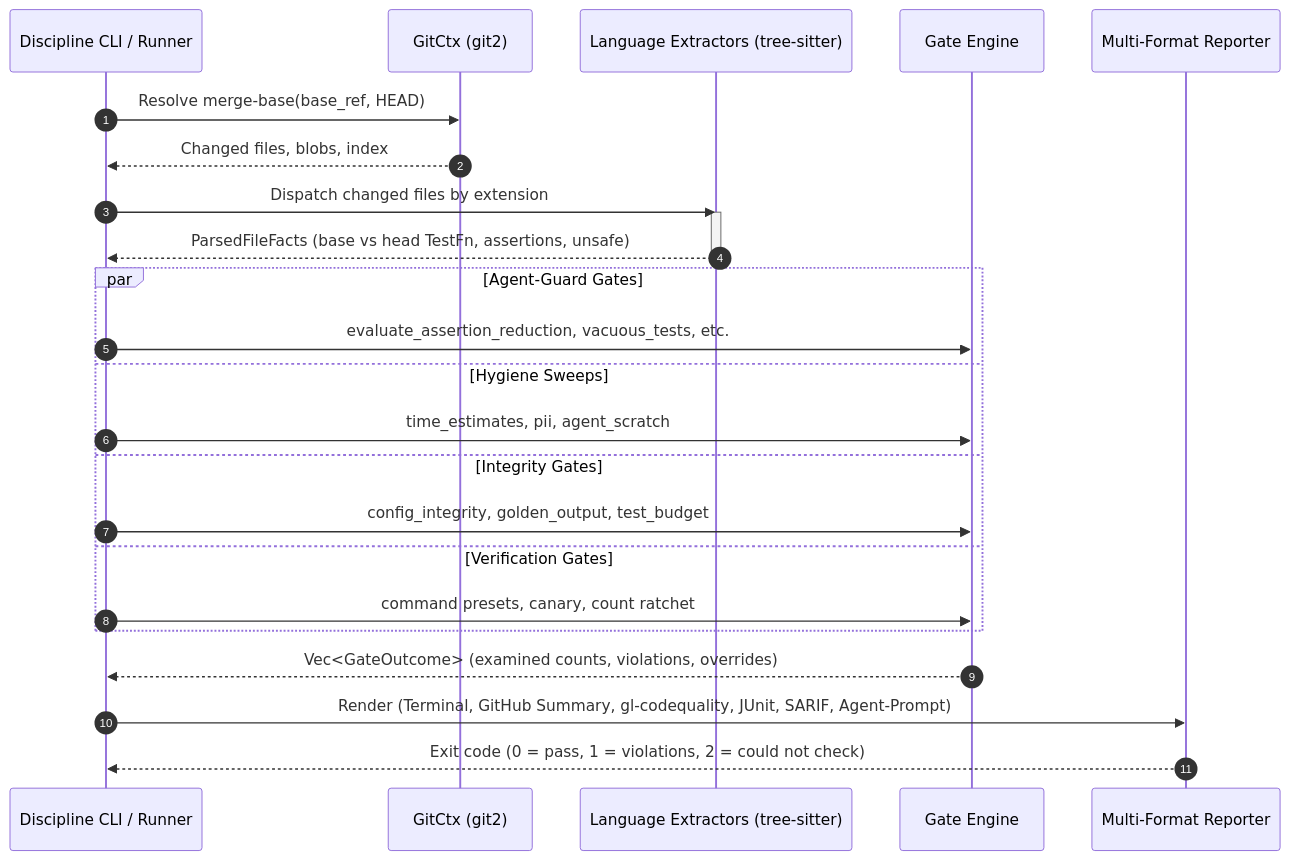
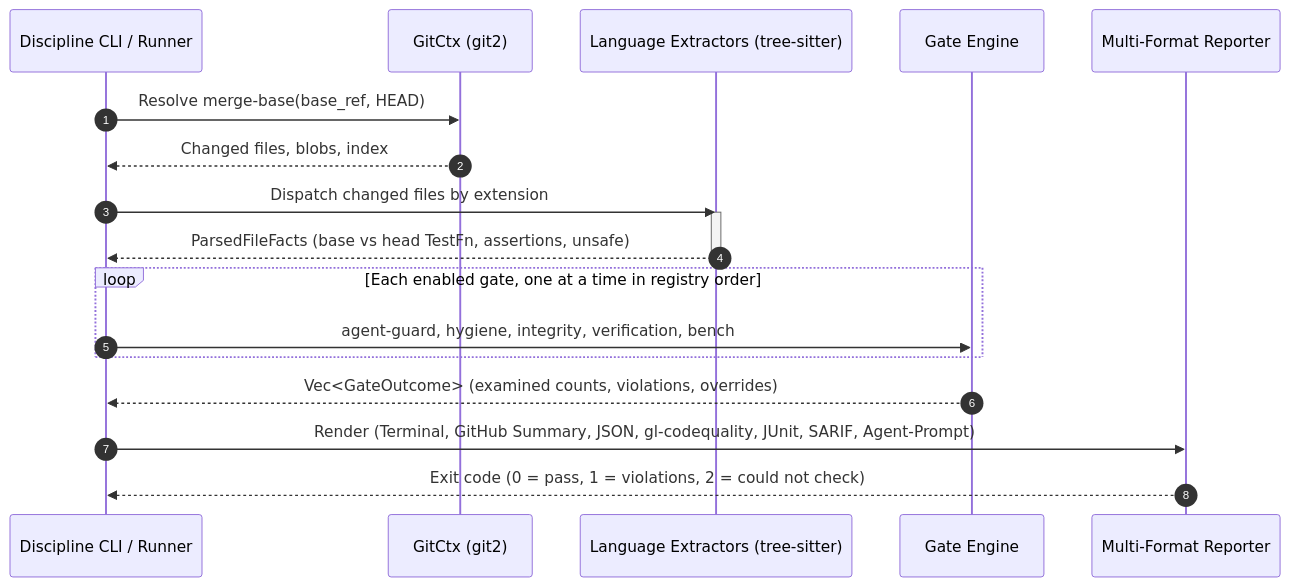
One commit to actions-marketplace-validations/orieg_discipline changed the third of 4 diagrams in docs/ARCHITECTURE.md. Above: the diagram before and after it, drawn with Mermaid. The commit also changed other lines of this file and 18 other files, not shown here.

First line of the commit message:
docs: align gate, configuration and architecture docs with the code (#199)

````diff
--- a/docs/ARCHITECTURE.md
+++ b/docs/ARCHITECTURE.md
@@ -102,28 +102,22 @@
 ```mermaid
 sequenceDiagram
     autonumber
     participant CLI as Discipline CLI / Runner
     participant Git as GitCtx (git2)
     participant AST as Language Extractors (tree-sitter)
     participant Gates as Gate Engine
     participant Report as Multi-Format Reporter
 
     CLI->>Git: Resolve merge-base(base_ref, HEAD)
     Git-->>CLI: Changed files, blobs, index
     CLI->>AST: Dispatch changed files by extension
     activate AST
     AST-->>CLI: ParsedFileFacts (base vs head TestFn, assertions, unsafe)
     deactivate AST
-    par Agent-Guard Gates
-        CLI->>Gates: evaluate_assertion_reduction, vacuous_tests, etc.
-    and Hygiene Sweeps
-        CLI->>Gates: time_estimates, pii, agent_scratch
-    and Integrity Gates
-        CLI->>Gates: config_integrity, golden_output, test_budget
-    and Verification Gates
-        CLI->>Gates: command presets, canary, count ratchet
+    loop Each enabled gate, one at a time in registry order
+        CLI->>Gates: agent-guard, hygiene, integrity, verification, bench
     end
     Gates-->>CLI: Vec<GateOutcome> (examined counts, violations, overrides)
-    CLI->>Report: Render (Terminal, GitHub Summary, gl-codequality, JUnit, SARIF, Agent-Prompt)
+    CLI->>Report: Render (Terminal, GitHub Summary, JSON, gl-codequality, JUnit, SARIF, Agent-Prompt)
     Report-->>CLI: Exit code (0 = pass, 1 = violations, 2 = could not check)
 ```
````
